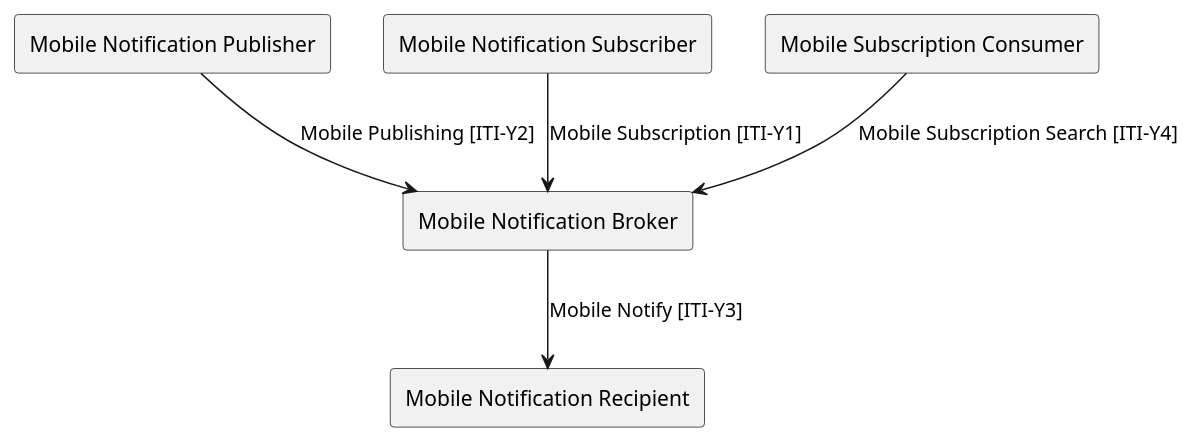
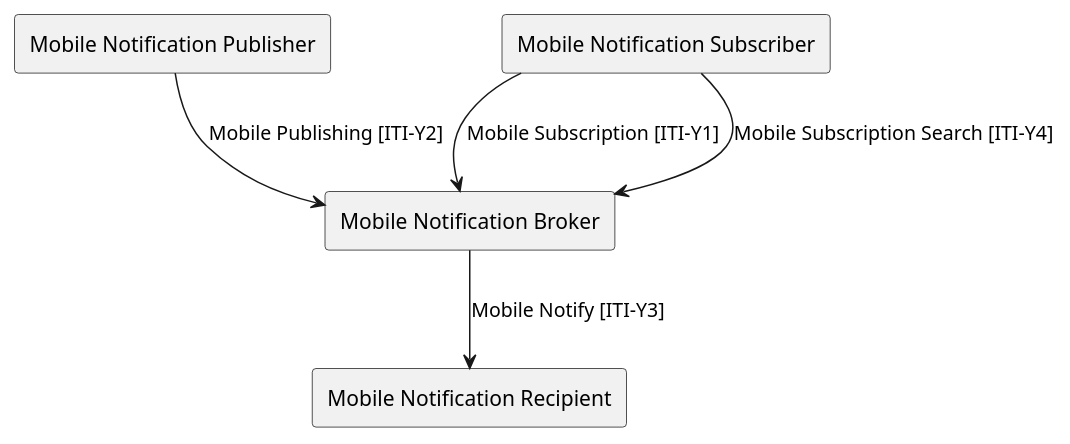
The diagram in input/images-source/ActorsAndTransactions.plantuml (IHE/ITI.DSUBm), drawn with PlantUML before and after one commit. The commit also changed 3 other files, not shown here.

```diff
--- a/input/images-source/ActorsAndTransactions.plantuml
+++ b/input/images-source/ActorsAndTransactions.plantuml
@@ -1,11 +1,10 @@
 @startuml
 agent "Mobile Notification Publisher" as Publisher
 agent "Mobile Notification Broker" as Broker
 agent "Mobile Notification Subscriber" as Subscriber
 agent "Mobile Notification Recipient" as Recipient
-agent "Mobile Subscription Consumer" as Consumer
 Publisher --> Broker : "Mobile Publishing [ITI-Y2]"
 Subscriber --> Broker : "Mobile Subscription [ITI-Y1]"
-Consumer --> Broker : "Mobile Subscription Search [ITI-Y4]"
+Subscriber --> Broker : "Mobile Subscription Search [ITI-Y4]"
 Broker --> Recipient : "Mobile Notify [ITI-Y3]"
 @enduml
```
